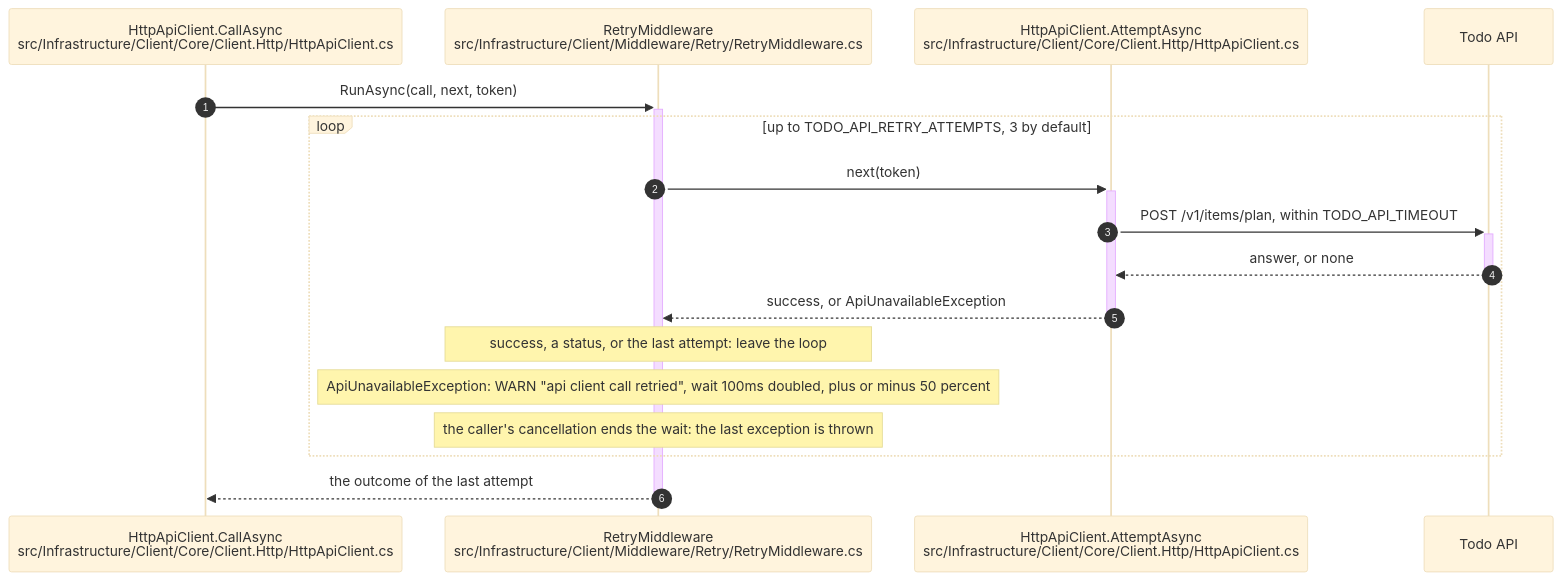
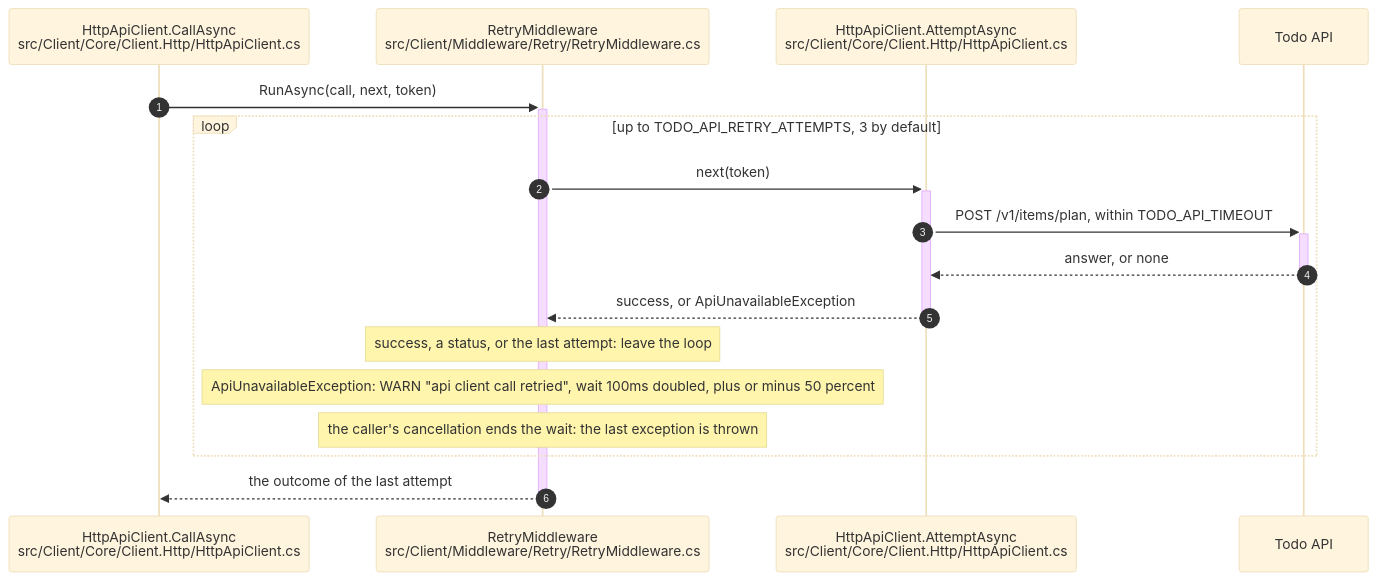
Before and after one commit to InsonusK/ai-skills: the diagram in library/architecture/dotnet/vp-client-retry-in-dotnet.skill/diagrams/example-flow.mmd, drawn with Mermaid (base theme). The commit also changed 646 other files, not shown here.

Commit message:
refactor: realize client and service boundaries across architecture stacks

```diff
--- a/library/architecture/dotnet/vp-client-retry-in-dotnet.skill/diagrams/example-flow.mmd
+++ b/library/architecture/dotnet/vp-client-retry-in-dotnet.skill/diagrams/example-flow.mmd
@@ -1,18 +1,18 @@
 sequenceDiagram
     autonumber
-    participant Client as HttpApiClient.CallAsync<br/>src/Infrastructure/Client/Core/Client.Http/HttpApiClient.cs
-    participant Retry as RetryMiddleware<br/>src/Infrastructure/Client/Middleware/Retry/RetryMiddleware.cs
-    participant Attempt as HttpApiClient.AttemptAsync<br/>src/Infrastructure/Client/Core/Client.Http/HttpApiClient.cs
+    participant Client as HttpApiClient.CallAsync<br/>src/Client/Core/Client.Http/HttpApiClient.cs
+    participant Retry as RetryMiddleware<br/>src/Client/Middleware/Retry/RetryMiddleware.cs
+    participant Attempt as HttpApiClient.AttemptAsync<br/>src/Client/Core/Client.Http/HttpApiClient.cs
     participant API as Todo API
 
     Client->>+Retry: RunAsync(call, next, token)
     loop up to TODO_API_RETRY_ATTEMPTS, 3 by default
         Retry->>+Attempt: next(token)
         Attempt->>+API: POST /v1/items/plan, within TODO_API_TIMEOUT
         API-->>-Attempt: answer, or none
         Attempt-->>-Retry: success, or ApiUnavailableException
         Note over Retry: success, a status, or the last attempt: leave the loop
         Note over Retry: ApiUnavailableException: WARN "api client call retried", wait 100ms doubled, plus or minus 50 percent
         Note over Retry: the caller's cancellation ends the wait: the last exception is thrown
     end
     Retry-->>-Client: the outcome of the last attempt
```
